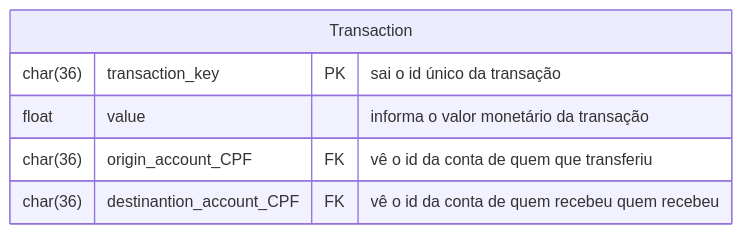
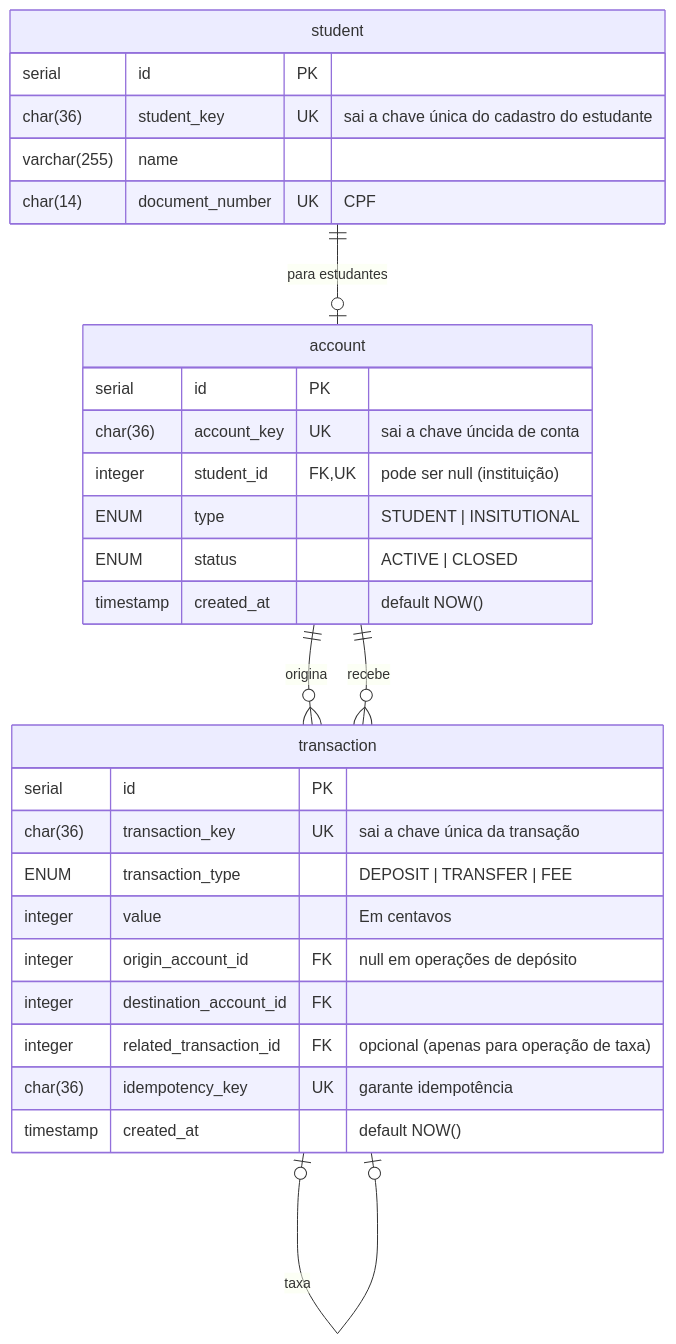
One commit to CarlosNeto242/bootcamp-qitech-projeto314 changed the diagram in rascunho_rfc_neto.md. Above: the diagram before and after it, drawn with Mermaid. The commit also changed other lines of this file and 5 other files, not shown here.

````diff
--- a/rascunho_rfc_neto.md
+++ b/rascunho_rfc_neto.md
@@ -2,9 +1,32 @@
 ```mermaid
     erDiagram
-        Transaction {
-            char(36) transaction_key PK "sai o id único da transação"
-            float value "informa o valor monetário da transação"
-            char(36) origin_account_CPF FK "vê o id da conta de quem que transferiu"
-            char(36) destinantion_account_CPF FK "vê o id da conta de quem recebeu quem recebeu"
+    student ||--o| account: "para estudantes"
+    account ||--o{transaction: "origina"
+    account ||--o{transaction: "recebe"
+    transaction|o--o|transaction: "taxa"
+        transaction {
+            serial id PK ""
+            char(36) transaction_key UK "sai a chave única da transação"
+            ENUM transaction_type "DEPOSIT | TRANSFER | FEE"
+            integer value "Em centavos"
+            integer origin_account_id FK "null em operações de depósito"
+            integer destination_account_id FK ""
+            integer related_transaction_id FK "opcional (apenas para operação de taxa)"
+            char(36) idempotency_key UK "garante idempotência"
+            timestamp created_at "default NOW()"
+        }
+        student {
+            serial id PK ""
+            char(36) student_key UK "sai a chave única do cadastro do estudante"
+            varchar(255) name ""
+            char(14) document_number UK "CPF"
+        }
+        account { 
+            serial id PK ""
+            char(36) account_key UK "sai a chave úncida de conta"
+            integer student_id FK,UK "pode ser null (instituição)"
+            ENUM type "STUDENT | INSITUTIONAL"
+            ENUM status "ACTIVE | CLOSED"
+            timestamp created_at "default NOW()"
         }
 ```
````
